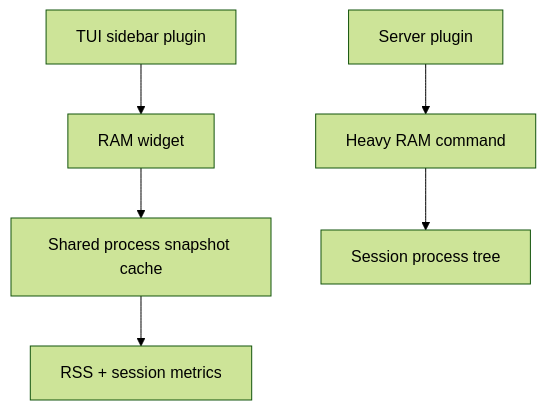
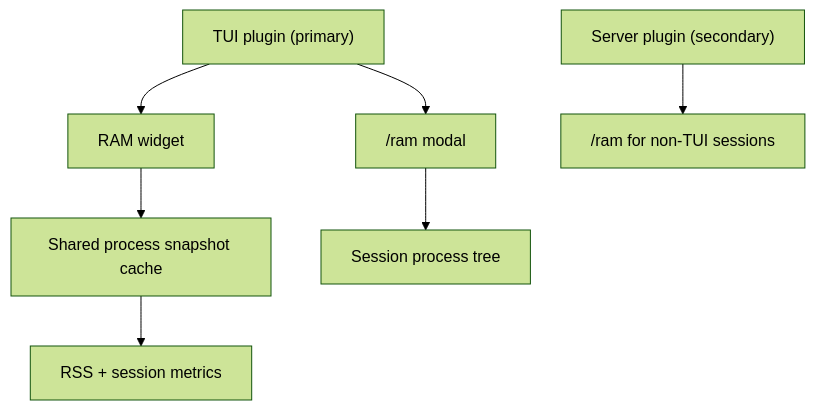
Before and after one commit to capyBearista/opencode-plugins: the diagram in packages/opencode-ram-monitor/README.md, drawn with Mermaid (forest theme). The commit also changed other lines of this file and 14 other files, not shown here.

First line of the commit message:
feat(ram-monitor): port to OpenCode V2 with TUI modal (#55)

````diff
--- a/packages/opencode-ram-monitor/README.md
+++ b/packages/opencode-ram-monitor/README.md
@@ -25,8 +25,9 @@
 ```mermaid
 flowchart TB
-  Server["Server plugin"] --> Heavy["Heavy RAM command"]
-  TUI["TUI sidebar plugin"] --> Widget["RAM widget"]
+  TUI["TUI plugin (primary)"] --> Widget["RAM widget"]
+  TUI --> Modal["/ram modal"]
   Widget --> Snapshot["Shared process snapshot cache"]
   Snapshot --> Metrics["RSS + session metrics"]
-  Heavy --> Tree["Session process tree"]
+  Modal --> Tree["Session process tree"]
+  Server["Server plugin (secondary)"] --> Headless["/ram for non-TUI sessions"]
 ```
````
